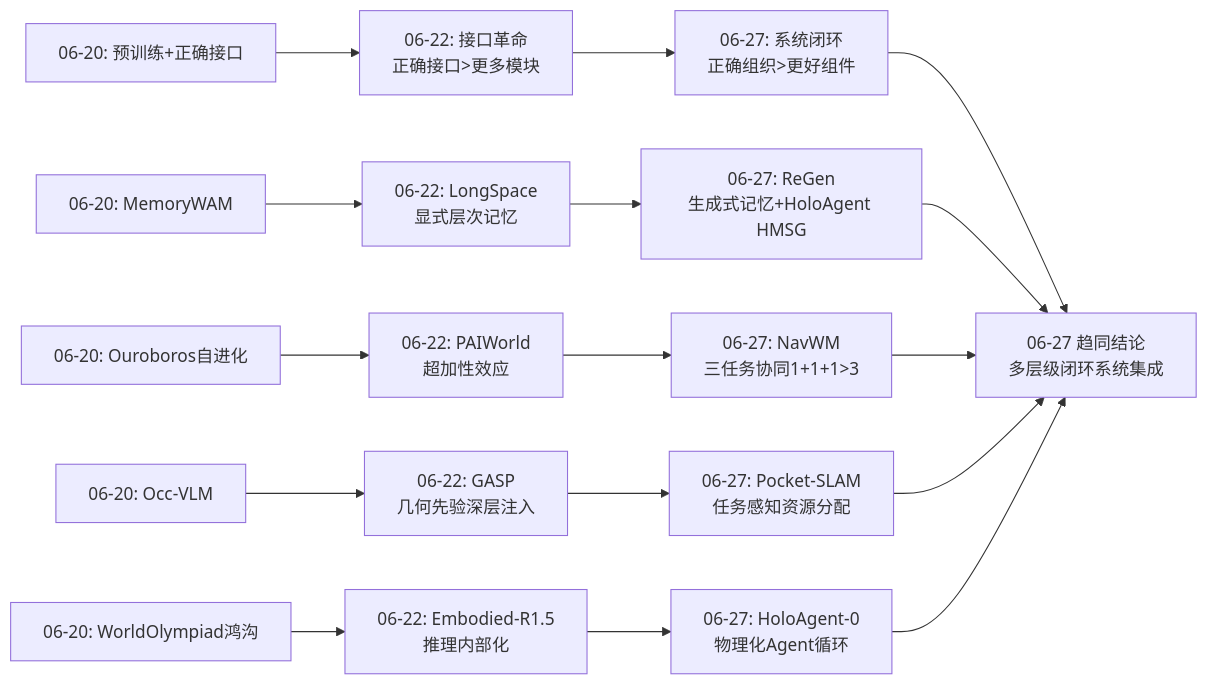
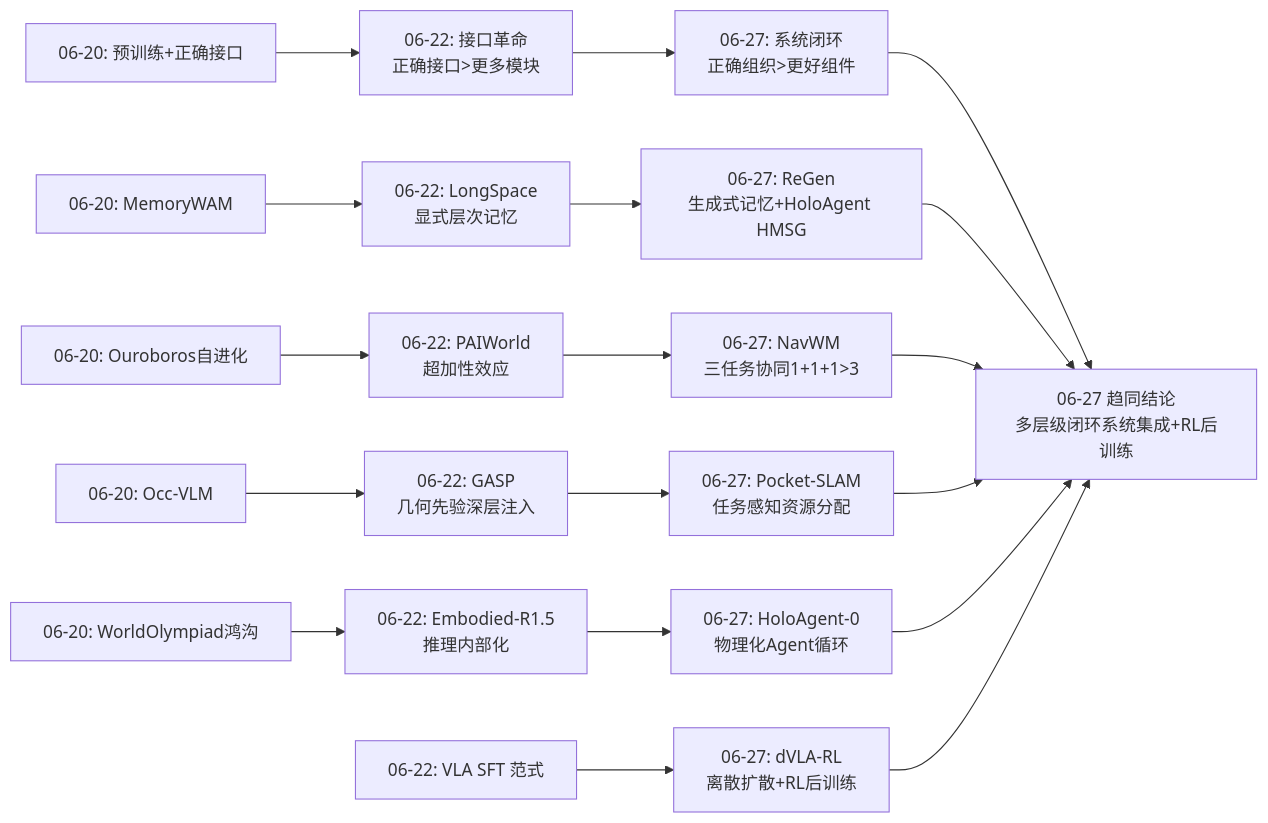
The third of 5 diagrams in daily_thinking/2026-06-27.md (ahangchen/spatial_agi), drawn with Mermaid before and after one commit. The commit also changed other lines of this file, not shown here.

Commit message:
feat: integrate dVLA-RL as 5th paper into 2026-06-27 daily thinking

````diff
--- a/daily_thinking/2026-06-27.md
+++ b/daily_thinking/2026-06-27.md
@@ -214,23 +242,26 @@
 ```mermaid
 graph LR
     A["06-20: 预训练+正确接口"] --> B["06-22: 接口革命<br/>正确接口>更多模块"]
     B --> C["06-27: 系统闭环<br/>正确组织>更好组件"]
-    
+
     D["06-20: MemoryWAM"] --> E["06-22: LongSpace<br/>显式层次记忆"]
     E --> F["06-27: ReGen<br/>生成式记忆+HoloAgent HMSG"]
-    
+
     G["06-20: Ouroboros自进化"] --> H["06-22: PAIWorld<br/>超加性效应"]
     H --> I["06-27: NavWM<br/>三任务协同1+1+1>3"]
-    
+
     J["06-20: Occ-VLM"] --> K["06-22: GASP<br/>几何先验深层注入"]
     K --> L["06-27: Pocket-SLAM<br/>任务感知资源分配"]
-    
+
     M["06-20: WorldOlympiad鸿沟"] --> N["06-22: Embodied-R1.5<br/>推理内部化"]
     N --> O["06-27: HoloAgent-0<br/>物理化Agent循环"]
-    
-    C --> P["06-27 趋同结论<br/>多层级闭环系统集成"]
-    F --> P
-    I --> P
-    L --> P
-    O --> P
+
+    P["06-22: VLA SFT 范式"] --> Q["06-27: dVLA-RL<br/>离散扩散+RL后训练"]
+
+    C --> R["06-27 趋同结论<br/>多层级闭环系统集成+RL后训练"]
+    F --> R
+    I --> R
+    L --> R
+    O --> R
+    Q --> R
 ```
````
